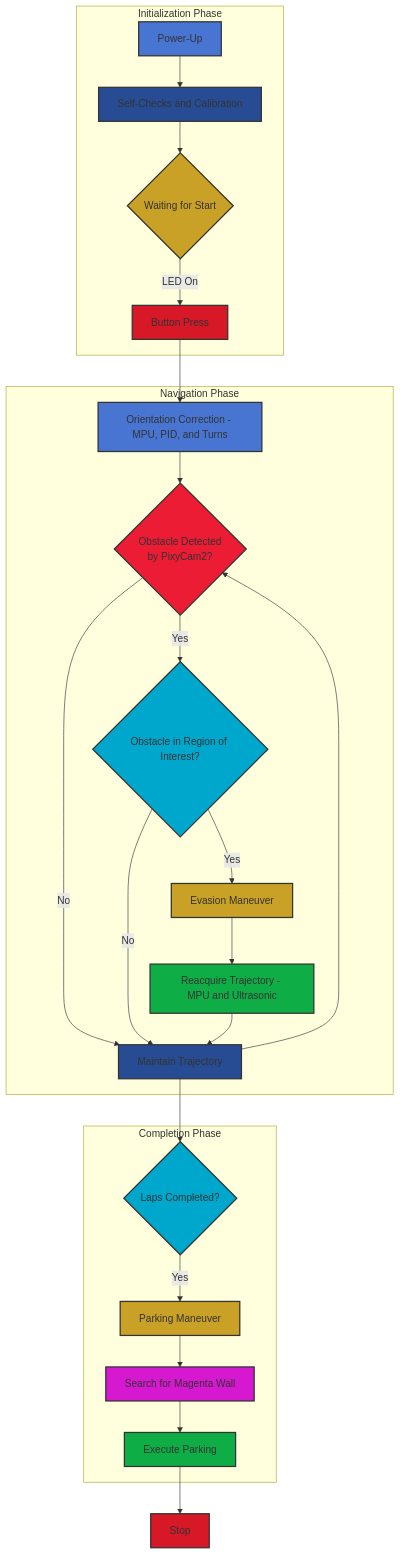
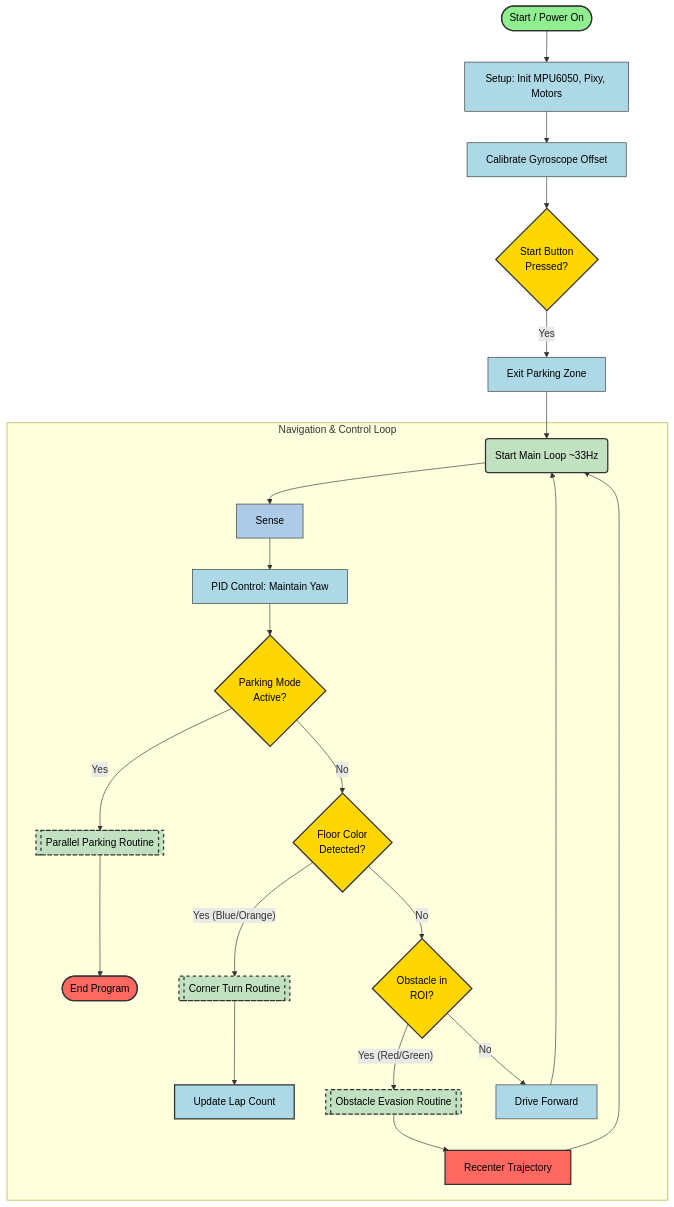
One commit to vd-wro/VD26 changed the first of 3 diagrams in docs/01_project_overview.md. Above: the diagram before and after it, drawn with Mermaid. The commit also changed other lines of this file, not shown here.

Commit message:
Update 01_project_overview.md
Updated the Flow Diagram

````diff
--- a/docs/01_project_overview.md
+++ b/docs/01_project_overview.md
@@ -73,47 +73,55 @@
 ```mermaid
 graph TD
-    subgraph Initialization Phase
-        A[Power-Up] --> B[Self-Checks and Calibration]
-        B --> C{Waiting for Start}
-        C -- LED On --> D[Button Press]
+    %% Nodes
+    Start([Start / Power On]) --> Setup[Setup: Init MPU6050, Pixy, Motors]
+    Setup --> Calib[Calibrate Gyroscope Offset]
+    Calib --> Button{Start Button<br>Pressed?}
+    
+    Button -- Yes --> ExitPark[Exit Parking Zone]
+    ExitPark --> Loop(Start Main Loop ~33Hz)
+
+    subgraph "Navigation & Control Loop"
+        Loop --> Sense --> PID[PID Control: Maintain Yaw]
+        PID --> ParkMode{Parking Mode<br>Active?<br>}
+        
+        ParkMode -- Yes --> ParkMan[[Parallel Parking Routine]]
+        ParkMan --> End([End Program])
+        
+        ParkMode -- No --> ColorCheck{Floor Color<br>Detected?}
+        
+        ColorCheck -- Yes (Blue/Orange) --> TurnLogic[[Corner Turn Routine]]
+        TurnLogic --> UpdateLap[Update Lap Count]
+        
+        ColorCheck -- No --> ObsCheck{Obstacle in<br>ROI?}
+        
+        ObsCheck -- Yes (Red/Green) --> EvadeLogic[[Obstacle Evasion Routine]]
+        EvadeLogic --> Recenter[Recenter Trajectory]
+        Recenter --> Loop
+        
+        ObsCheck -- No --> Drive[Drive Forward]
+        Drive --> Loop
     end
 
-    subgraph Navigation Phase
-        D --> E[Orientation Correction - MPU, PID, and Turns]
-        E --> F{Obstacle Detected<br/>by PixyCam2?}
-        F -- No --> G[Maintain Trajectory]
-        F -- Yes --> H{Obstacle in Region of Interest?}
-        H -- Yes --> I[Evasion Maneuver]
-        H -- No --> G
-        I --> J[Reacquire Trajectory - MPU and Ultrasonic]
-        J --> G
-        G --> F
-    end
-
-    subgraph Completion Phase
-        G --> K{Laps Completed?}
-        K -- Yes --> L[Parking Maneuver]
-        L --> M[Search for Magenta Wall]
-        M --> N[Execute Parking]
-    end
-
-    N --> O[Stop]
-
     %% Styling
-    style A fill:#4775d1,stroke:#333333,stroke-width:2px
-    style B fill:#284c94,stroke:#333333,stroke-width:2px
-    style C fill:#c9a126,stroke:#333333,stroke-width:2px
-    style D fill:#d61827,stroke:#333333,stroke-width:2px
-    style E fill:#4775d1,stroke:#333333,stroke-width:2px
-    style F fill:#eb1c34,stroke:#333333,stroke-width:2px
-    style G fill:#284c94,stroke:#333333,stroke-width:2px
-    style H fill:#00a7cc,stroke:#333333,stroke-width:2px
-    style I fill:#c9a126,stroke:#333333,stroke-width:2px
-    style J fill:#0ead46,stroke:#333333,stroke-width:2px
-    style K fill:#00a7cc,stroke:#333333,stroke-width:2px
-    style L fill:#c9a126,stroke:#333333,stroke-width:2px
-    style M fill:#d618d0,stroke:#333333,stroke-width:2px
-    style N fill:#0ead46,stroke:#333333,stroke-width:2px
-    style O fill:#d61827,stroke:#333333,stroke-width:2px
+    style Start fill:#90EE90,stroke:#333,stroke-width:2px,color:black
+    style End fill:#FF6961,stroke:#333,stroke-width:2px,color:black
+    style Button fill:#FFD700,stroke:#333,stroke-width:2px,color:black
+    style Loop fill:#C1E1C1,stroke:#333,stroke-width:2px,color:black
+    style ParkMode fill:#FFD700,stroke:#333,stroke-width:2px,color:black
+    style ColorCheck fill:#FFD700,stroke:#333,stroke-width:2px,color:black
+    style ObsCheck fill:#FFD700,stroke:#333,stroke-width:2px,color:black
+    
+    style Setup fill:#ADD8E6,stroke:#333,stroke-width:1px,color:black
+    style Calib fill:#ADD8E6,stroke:#333,stroke-width:1px,color:black
+    style ExitPark fill:#ADD8E6,stroke:#333,stroke-width:1px,color:black
+    style Sense fill:#adcae6,stroke:#333,stroke-width:1px,color:black
+    style Drive fill:#ADD8E6,stroke:#333,stroke-width:1px,color:black
+    style PID fill:#ADD8E6,stroke:#333,stroke-width:1px,color:black
+    style UpdateLap fill:#ADD8E6,stroke:#333,stroke-width:2px,color:black
+    style Recenter fill:#FF6961,stroke:#333,stroke-width:2px,color:black
+    
+    style ParkMan fill:#C1E1C1,stroke:#333,stroke-width:2px,stroke-dasharray: 5 5,color:black
+    style TurnLogic fill:#C1E1C1,stroke:#333,stroke-width:2px,stroke-dasharray: 5 5,color:black
+    style EvadeLogic fill:#C1E1C1,stroke:#333,stroke-width:2px,stroke-dasharray: 5 5,color:black
 
 ```
````
